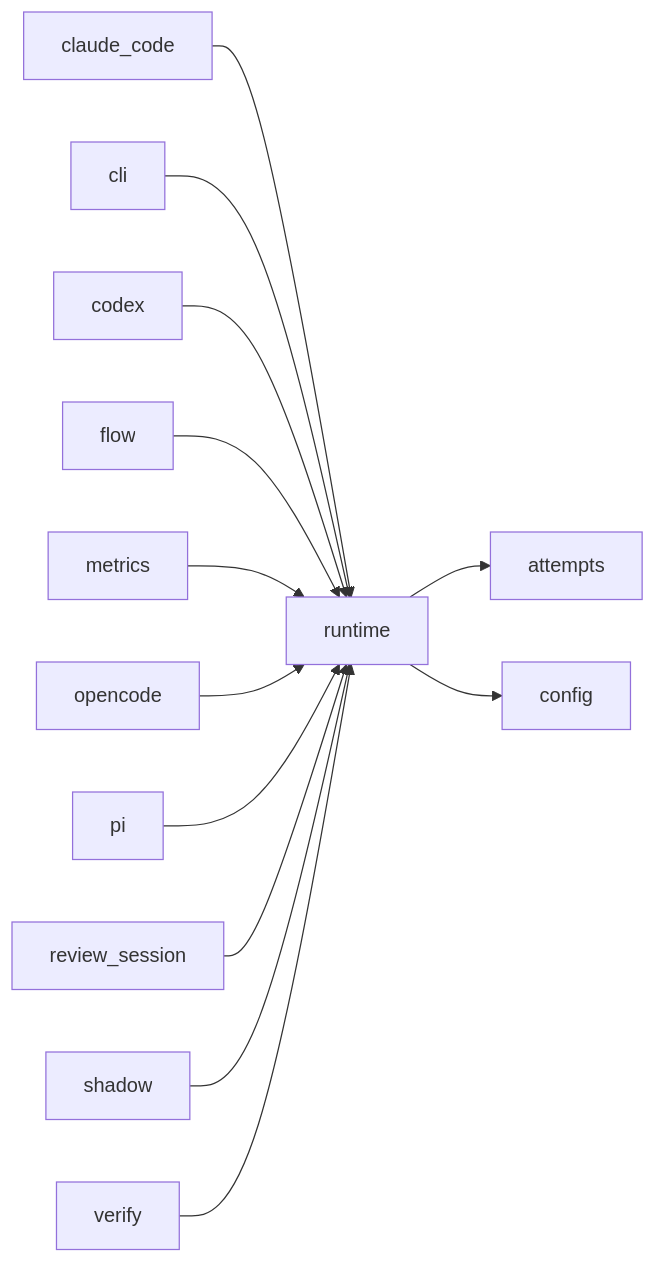
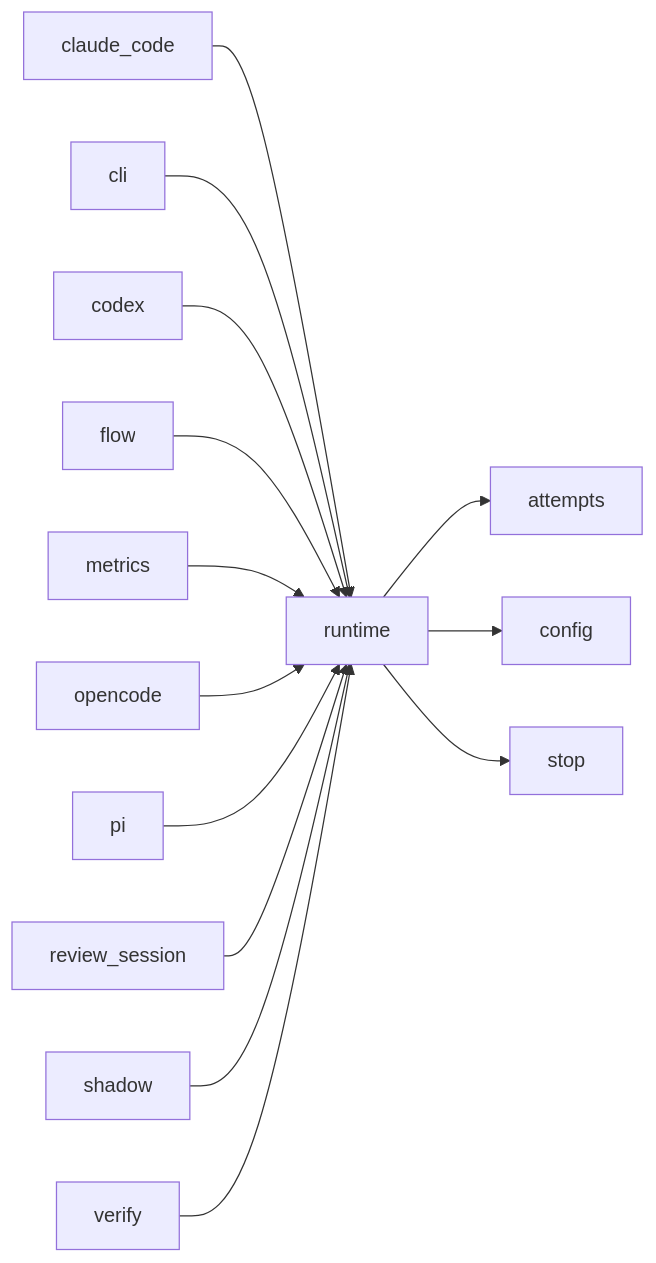
Before and after one commit to plaplanche/ariane: the third of 3 diagrams in docs/architecture/modules/runtime.md, drawn with Mermaid. The commit also changed other lines of this file and 34 other files, not shown here.

````diff
--- a/docs/architecture/modules/runtime.md
+++ b/docs/architecture/modules/runtime.md
@@ -84,15 +85,16 @@
 ```mermaid
 flowchart LR
   claude_code --> runtime
   cli --> runtime
   codex --> runtime
   flow --> runtime
   metrics --> runtime
   opencode --> runtime
   pi --> runtime
   review_session --> runtime
   runtime --> attempts
   runtime --> config
+  runtime --> stop
   shadow --> runtime
   verify --> runtime
 ```
````
